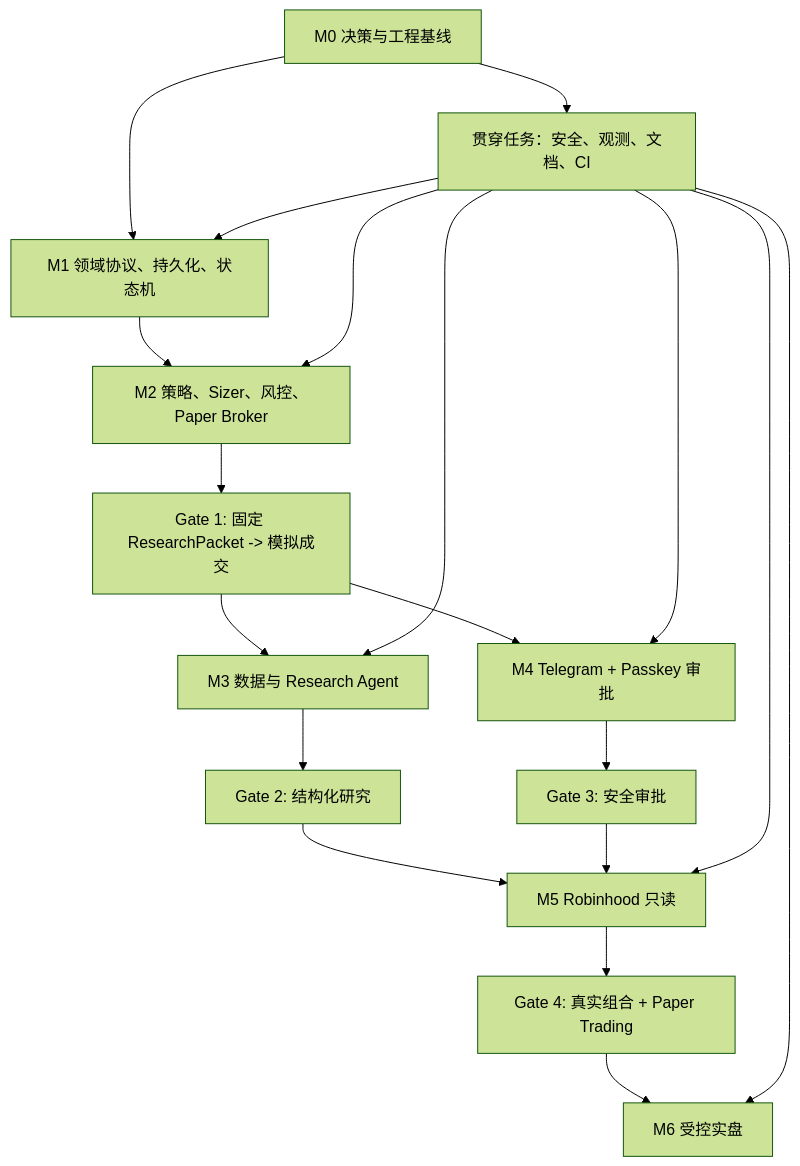
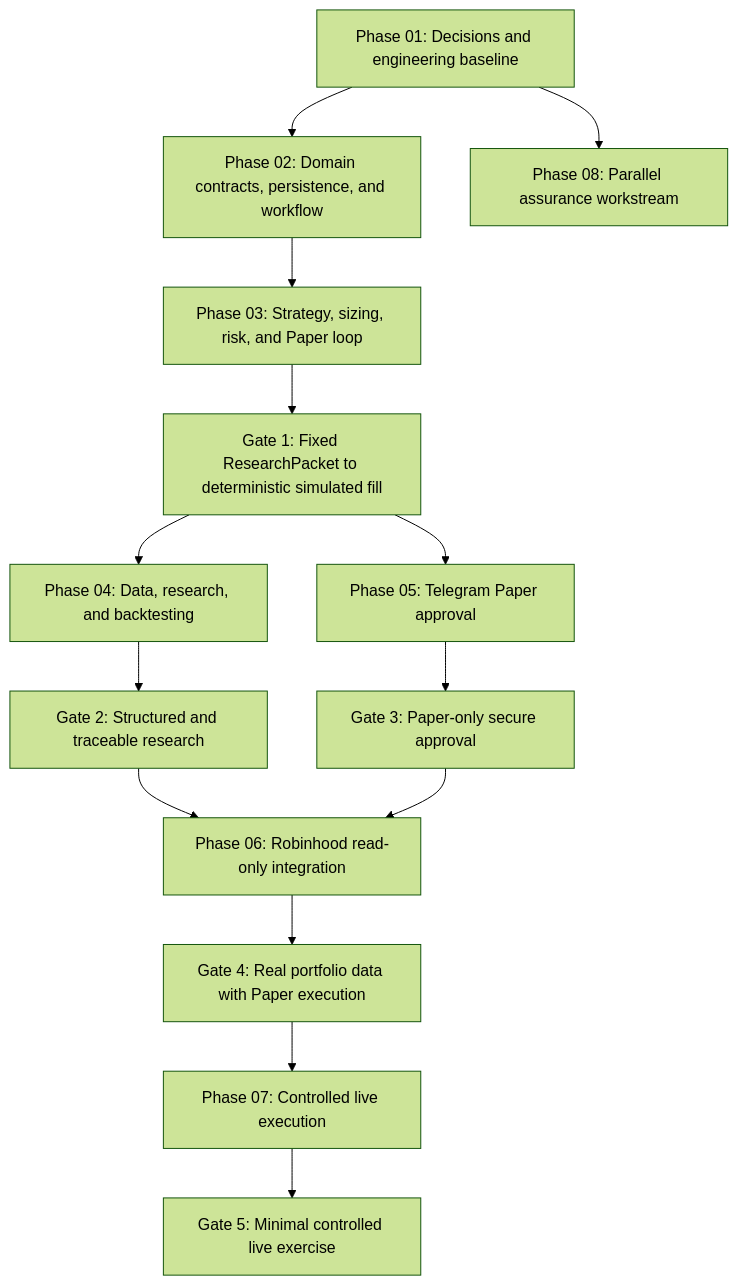
Before and after one commit to likefudan/ainvest: the diagram in IMPLEMENTATION_TODO.md, drawn with Mermaid (forest theme). The commit also changed other lines of this file and 1 other file, not shown here.

First line of the commit message:
Finalize design decisions and executable implementation plan (#3)

````diff
--- a/IMPLEMENTATION_TODO.md
+++ b/IMPLEMENTATION_TODO.md
@@ -116,21 +160,16 @@
 ```mermaid
 flowchart TD
-    G0["M0 决策与工程基线"] --> G1["M1 领域协议、持久化、状态机"]
-    G1 --> G2["M2 策略、Sizer、风控、Paper Broker"]
-    G2 --> P1["Gate 1: 固定 ResearchPacket -> 模拟成交"]
-    P1 --> G3["M3 数据与 Research Agent"]
-    P1 --> G4["M4 Telegram + Passkey 审批"]
-    G3 --> P2["Gate 2: 结构化研究"]
-    G4 --> P3["Gate 3: 安全审批"]
-    P2 --> G5["M5 Robinhood 只读"]
-    P3 --> G5
-    G5 --> P4["Gate 4: 真实组合 + Paper Trading"]
-    P4 --> G6["M6 受控实盘"]
-    G0 --> X["贯穿任务：安全、观测、文档、CI"]
-    X --> G1
-    X --> G2
-    X --> G3
-    X --> G4
-    X --> G5
-    X --> G6
+    P01["Phase 01: Decisions and engineering baseline"] --> P02["Phase 02: Domain contracts, persistence, and workflow"]
+    P02 --> P03["Phase 03: Strategy, sizing, risk, and Paper loop"]
+    P03 --> G1["Gate 1: Fixed ResearchPacket to deterministic simulated fill"]
+    G1 --> P04["Phase 04: Data, research, and backtesting"]
+    G1 --> P05["Phase 05: Telegram Paper approval"]
+    P04 --> G2["Gate 2: Structured and traceable research"]
+    P05 --> G3["Gate 3: Paper-only secure approval"]
+    G2 --> P06["Phase 06: Robinhood read-only integration"]
+    G3 --> P06
+    P06 --> G4["Gate 4: Real portfolio data with Paper execution"]
+    G4 --> P07["Phase 07: Controlled live execution"]
+    P07 --> G5["Gate 5: Minimal controlled live exercise"]
+    P01 --> P08["Phase 08: Parallel assurance workstream"]
 ```
````
